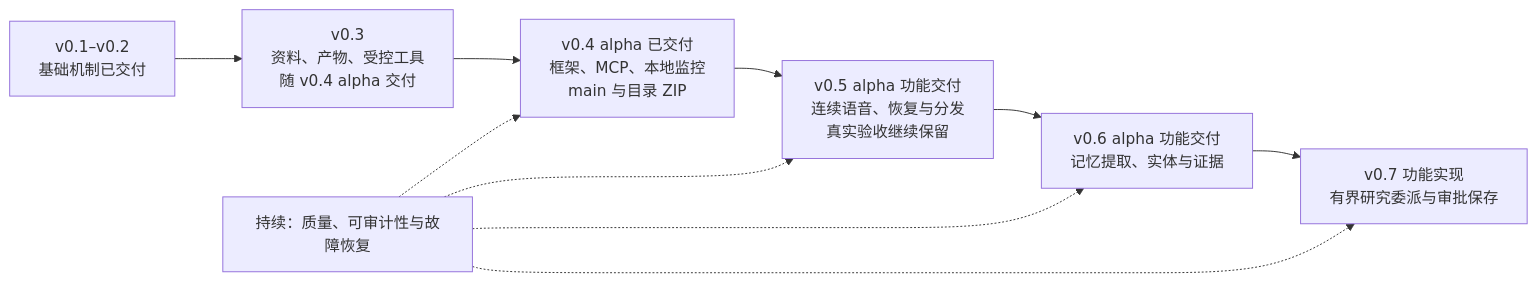
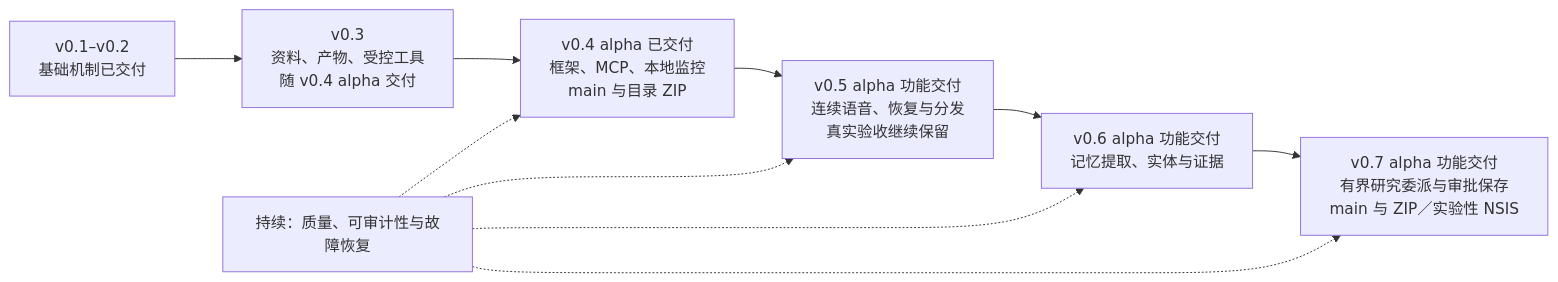
The diagram in docs/roadmap.md (MuzeAnisichael/GreatSage), drawn with Mermaid before and after one commit. The commit also changed other lines of this file and 12 other files, not shown here.

````diff
--- a/docs/roadmap.md
+++ b/docs/roadmap.md
@@ -18,12 +18,12 @@
 ```mermaid
 flowchart LR
     A["v0.1–v0.2<br/>基础机制已交付"] --> B["v0.3<br/>资料、产物、受控工具<br/>随 v0.4 alpha 交付"]
     B --> C["v0.4 alpha 已交付<br/>框架、MCP、本地监控<br/>main 与目录 ZIP"]
     C --> D["v0.5 alpha 功能交付<br/>连续语音、恢复与分发<br/>真实验收继续保留"]
     D --> E["v0.6 alpha 功能交付<br/>记忆提取、实体与证据"]
-    E --> F["v0.7 功能实现<br/>有界研究委派与审批保存"]
+    E --> F["v0.7 alpha 功能交付<br/>有界研究委派与审批保存<br/>main 与 ZIP／实验性 NSIS"]
     R["持续：质量、可审计性与故障恢复"] -.-> C
     R -.-> D
     R -.-> E
     R -.-> F
 ```
````
